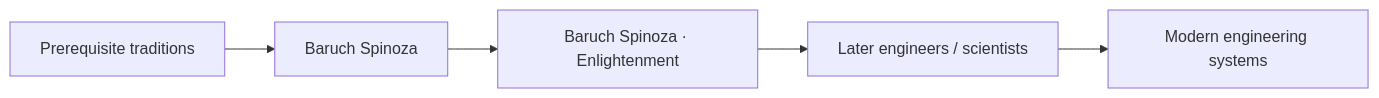
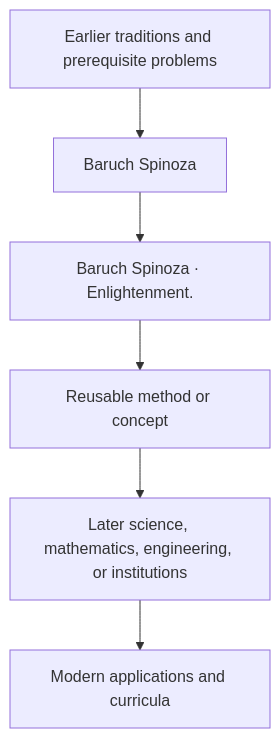
One commit to via-decide/ViaLogic changed the diagram in docs/history/baruch-spinoza/influence.md. Above: the diagram before and after it, drawn with Mermaid. The commit also changed other lines of this file and 858 other files, not shown here.

````diff
--- a/docs/history/baruch-spinoza/influence.md
+++ b/docs/history/baruch-spinoza/influence.md
@@ -29,7 +16,8 @@
 ```mermaid
-graph LR
-  prerequisites["Prerequisite traditions"] --> current["Baruch Spinoza"]
-  current --> contribution["Baruch Spinoza · Enlightenment"]
-  contribution --> successors["Later engineers / scientists"]
-  successors --> modern["Modern engineering systems"]
+graph TD
+  Prior[Earlier traditions and prerequisite problems] --> Person[Baruch Spinoza]
+  Person --> Contribution[Baruch Spinoza · Enlightenment.]
+  Contribution --> Method[Reusable method or concept]
+  Method --> Later[Later science, mathematics, engineering, or institutions]
+  Later --> Modern[Modern applications and curricula]
 ```
````
